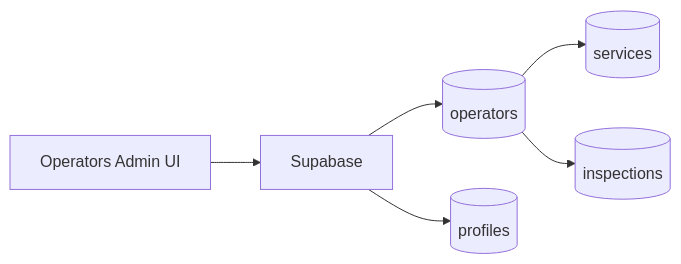
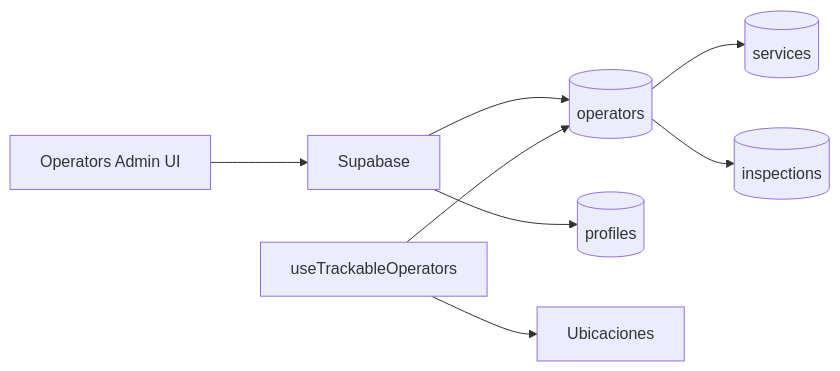
Before and after one commit to SergioIriarte666/gruas-alerta-calendario: the diagram in docs/modules/operators-admin.md, drawn with Mermaid. The commit also changed other lines of this file and 2 other files, not shown here.

````diff
--- a/docs/modules/operators-admin.md
+++ b/docs/modules/operators-admin.md
@@ -58,8 +80,10 @@
 ```mermaid
 flowchart LR
   UI[Operators Admin UI] --> SB[Supabase]
   SB --> OP[(operators)]
   SB --> PR[(profiles)]
   OP --> SVC[(services)]
   OP --> INS[(inspections)]
+  TRACK[useTrackableOperators] --> OP
+  TRACK --> LOC[Ubicaciones]
 ```
````
